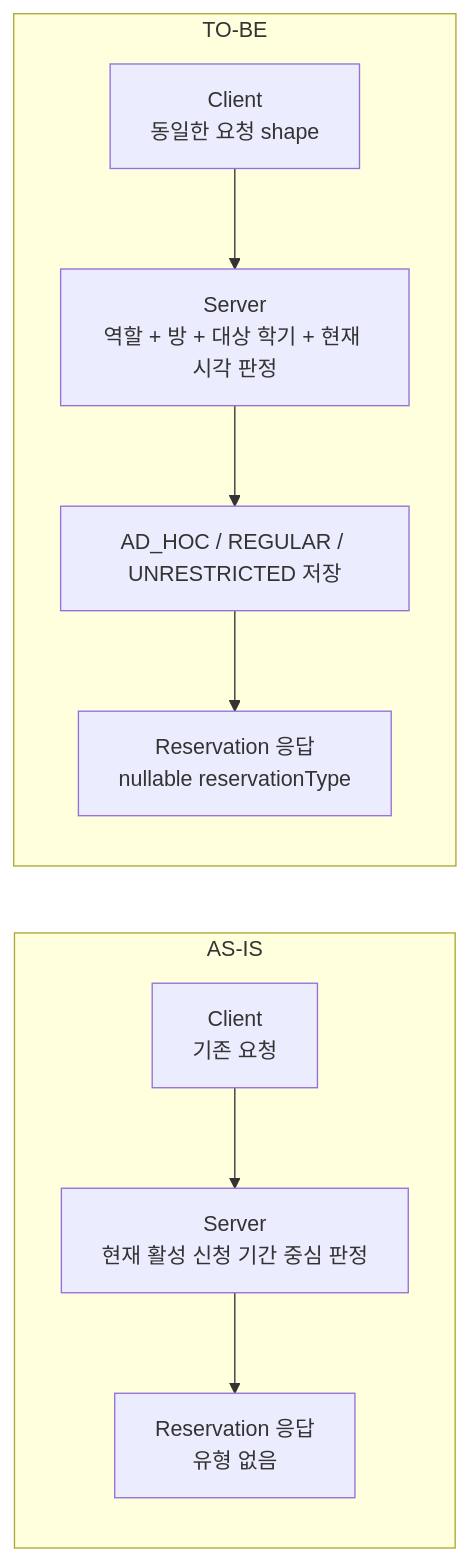
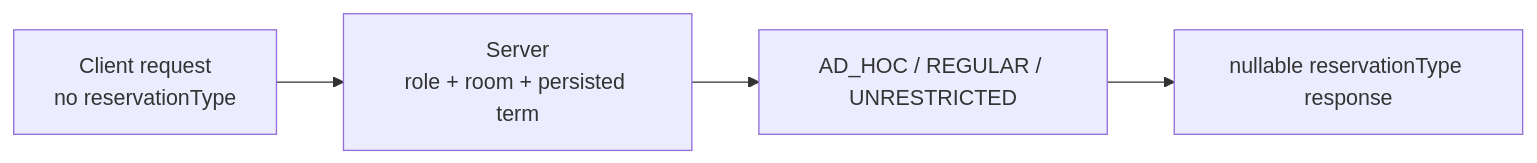
The diagram in docs/reservation-client-handoff.md (wafflestudio/csereal-server), drawn with Mermaid before and after one commit. The commit also changed other lines of this file and 2 other files, not shown here.

First line of the commit message:
docs(reservation): document persisted term lifecycle

````diff
--- a/docs/reservation-client-handoff.md
+++ b/docs/reservation-client-handoff.md
@@ -21,13 +7,6 @@
 ```mermaid
 flowchart LR
-    subgraph AsIs["AS-IS"]
-        A1["Client<br/>기존 요청"] --> A2["Server<br/>현재 활성 신청 기간 중심 판정"]
-        A2 --> A3["Reservation 응답<br/>유형 없음"]
-    end
-
-    subgraph ToBe["TO-BE"]
-        B1["Client<br/>동일한 요청 shape"] --> B2["Server<br/>역할 + 방 + 대상 학기 + 현재 시각 판정"]
-        B2 --> B3["AD_HOC / REGULAR / UNRESTRICTED 저장"]
-        B3 --> B4["Reservation 응답<br/>nullable reservationType"]
-    end
+    Client["Client request<br/>no reservationType"] --> Server["Server<br/>role + room + persisted term"]
+    Server --> Result["AD_HOC / REGULAR / UNRESTRICTED"]
+    Result --> Response["nullable reservationType response"]
 ```
````
